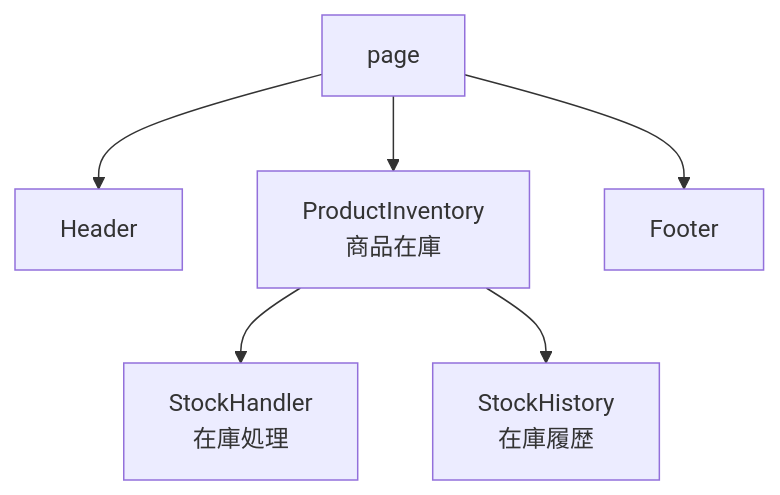
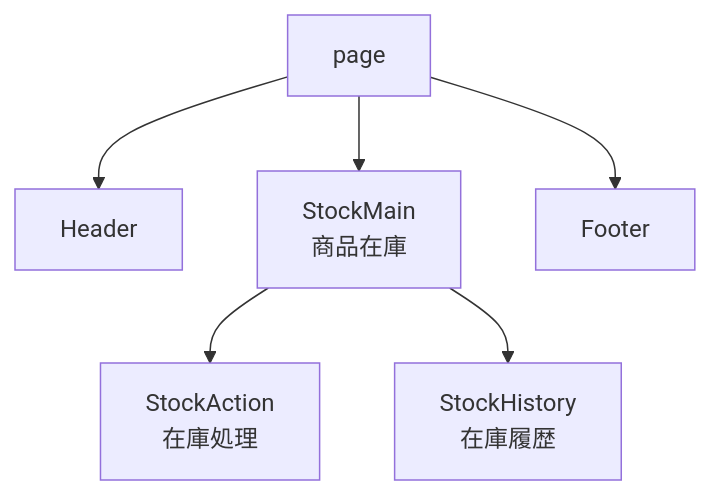
The second of 4 diagrams in README.md (ot-nemoto/full-stack-web-development-frontend), drawn with Mermaid before and after one commit. The commit also changed other lines of this file and 12 other files, not shown here.

````diff
--- a/README.md
+++ b/README.md
@@ -142,8 +142,8 @@
 ```mermaid
 graph TD;
   page --> Header
-  page --> ProductInventory[ProductInventory<br>商品在庫]
-  ProductInventory --> StockHandler[StockHandler<br>在庫処理]
-  ProductInventory --> StockHistory[StockHistory<br>在庫履歴]
+  page --> StockMain[StockMain<br>商品在庫]
+  StockMain --> StockAction[StockAction<br>在庫処理]
+  StockMain --> StockHistory[StockHistory<br>在庫履歴]
   page --> Footer
 ```
````
